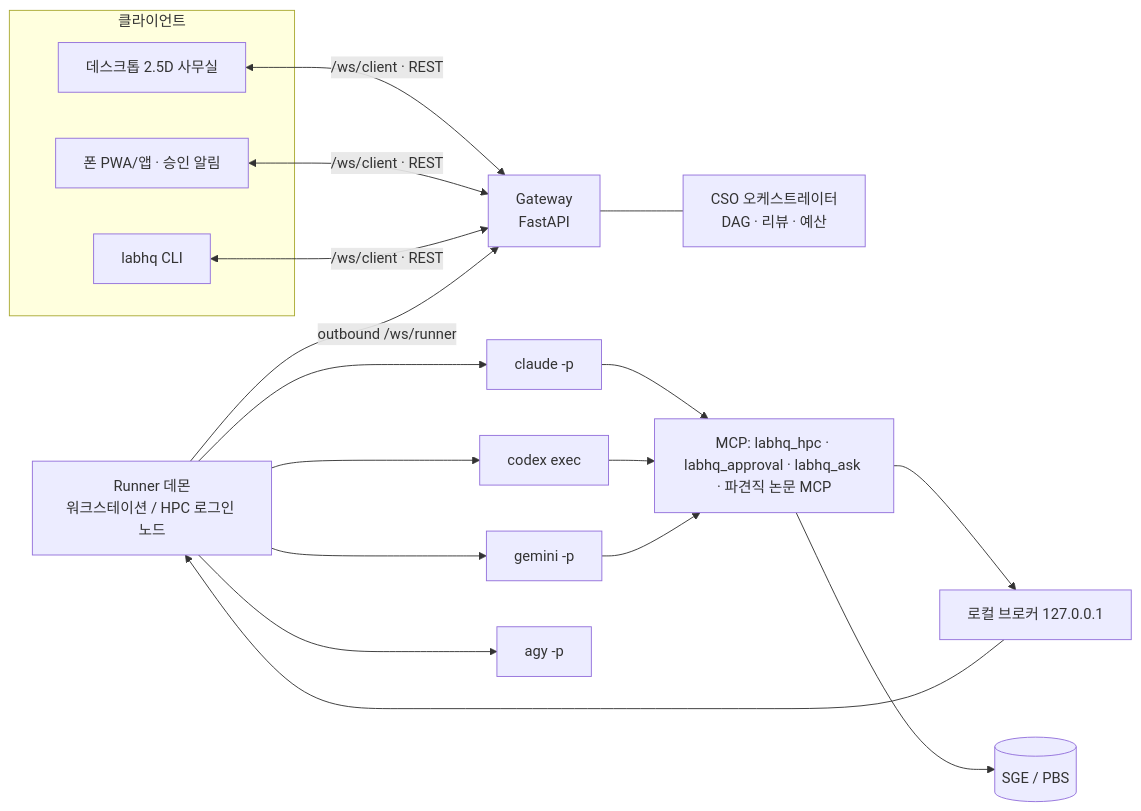
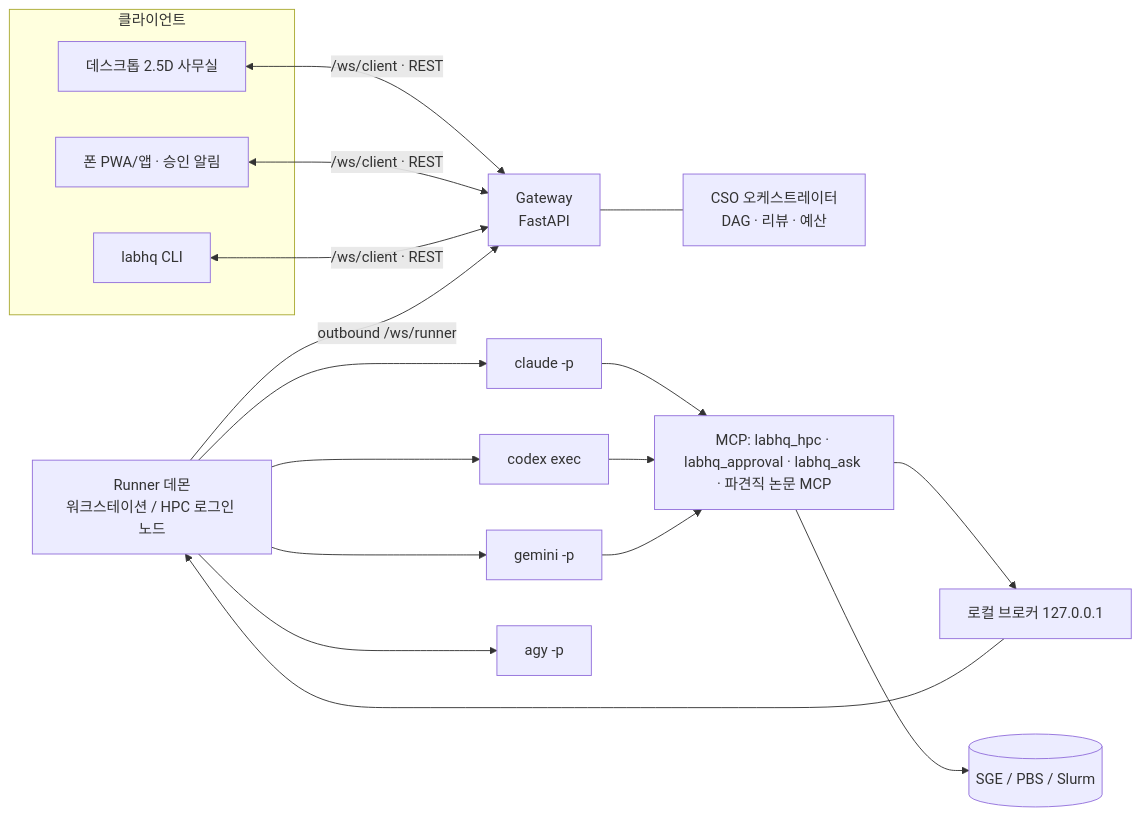
The second of 2 diagrams in README.md (ehojune/bioinfo-team-3d), drawn with Mermaid before and after one commit. The commit also changed other lines of this file and 18 other files, not shown here.

````diff
--- a/README.md
+++ b/README.md
@@ -357,15 +359,15 @@
 ```mermaid
 flowchart LR
   subgraph 클라이언트
     D[데스크톱 2.5D 사무실]
     M[폰 PWA/앱 · 승인 알림]
     C[labhq CLI]
   end
   D & M & C <-->|/ws/client · REST| G[Gateway<br/>FastAPI]
   G --- O[CSO 오케스트레이터<br/>DAG · 리뷰 · 예산]
   R[Runner 데몬<br/>워크스테이션 / HPC 로그인 노드] -->|outbound /ws/runner| G
   R --> E1[claude -p] & E2[codex exec] & E3[gemini -p] & E4[agy -p]
   E1 & E2 & E3 --> T[MCP: labhq_hpc · labhq_approval · labhq_ask · 파견직 논문 MCP]
   T --> B[로컬 브로커 127.0.0.1] --> R
-  T --> H[(SGE / PBS)]
+  T --> H[(SGE / PBS / Slurm)]
 ```
````
